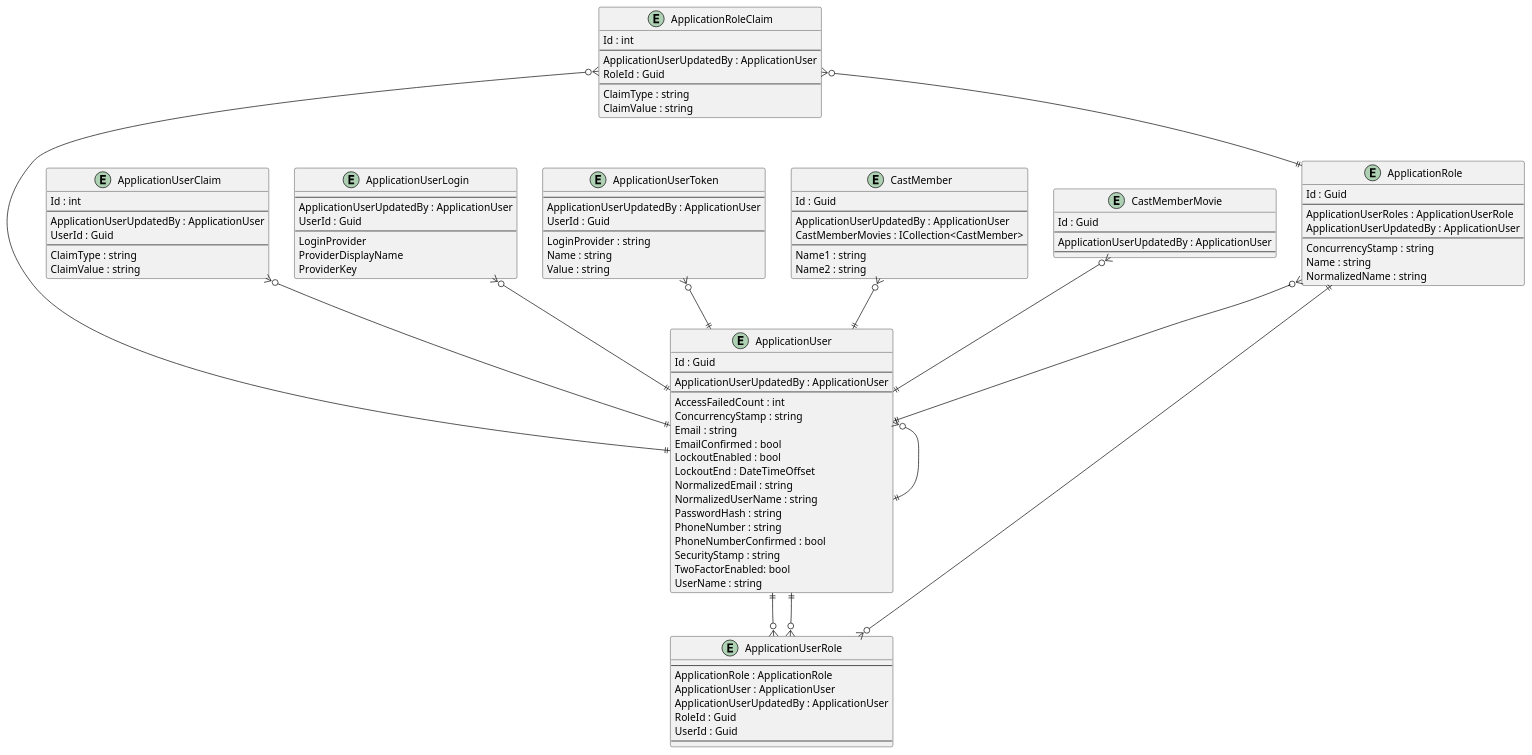
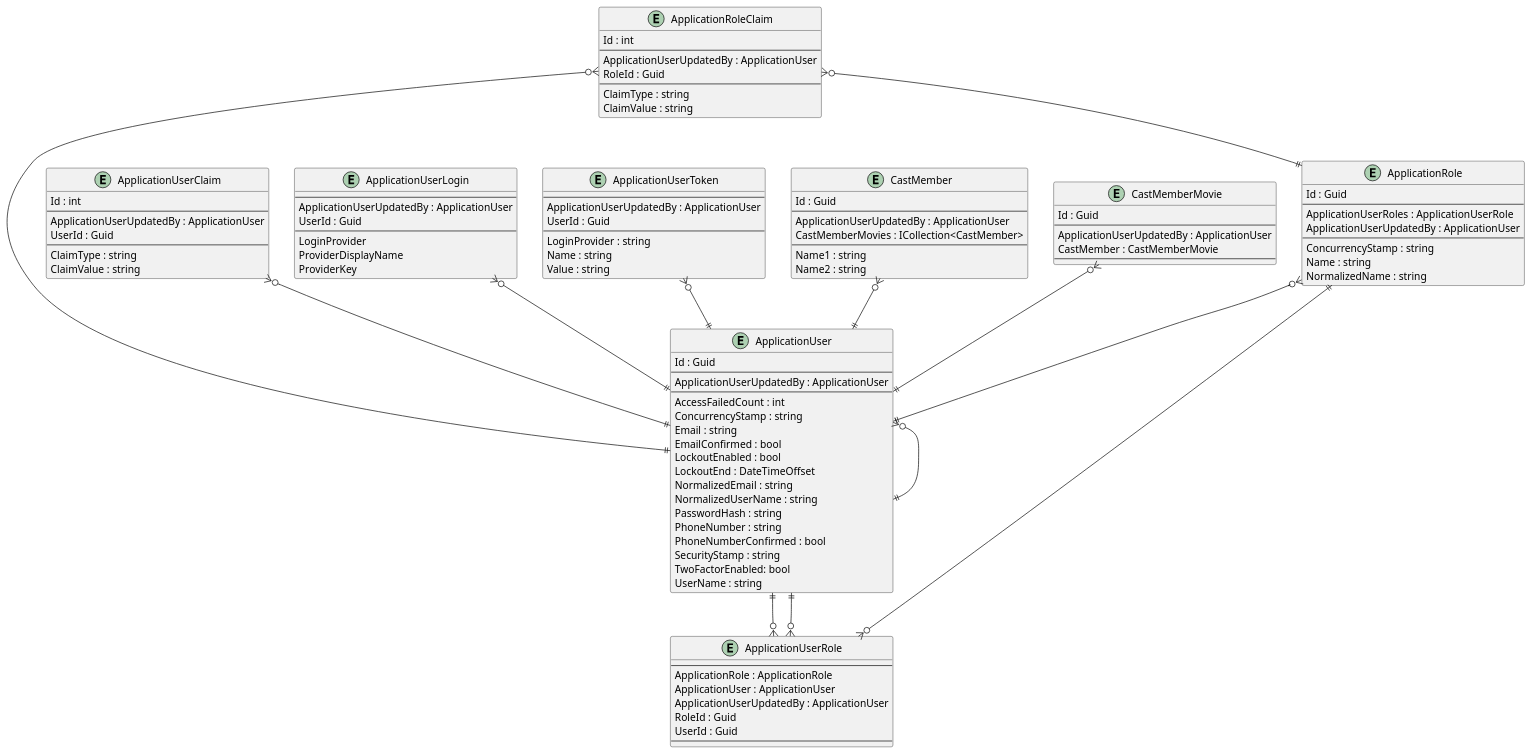
One commit to intrepion/BlazorWebAppMovies changed the diagram in .docs/BlazorWebAppMovies.pu. Above: the diagram before and after it, drawn with PlantUML.

```diff
--- a/.docs/BlazorWebAppMovies.pu
+++ b/.docs/BlazorWebAppMovies.pu
@@ -1,125 +1,126 @@
 @startuml
 
 entity ApplicationRole {
     Id : Guid
     --
     ApplicationUserRoles : ApplicationUserRole
     ApplicationUserUpdatedBy : ApplicationUser
     --
     ConcurrencyStamp : string
     Name : string
     NormalizedName : string
 }
 
 entity ApplicationRoleClaim {
     Id : int
     --
     ApplicationUserUpdatedBy : ApplicationUser
     RoleId : Guid
     --
     ClaimType : string
     ClaimValue : string
 }
 
 entity ApplicationUser {
     Id : Guid
     --
     ApplicationUserUpdatedBy : ApplicationUser
     ' ApplicationUserKeyCodePlaceholder
     --
     AccessFailedCount : int
     ConcurrencyStamp : string
     Email : string
     EmailConfirmed : bool
     LockoutEnabled : bool
     LockoutEnd : DateTimeOffset
     NormalizedEmail : string
     NormalizedUserName : string
     PasswordHash : string
     PhoneNumber : string
     PhoneNumberConfirmed : bool
     SecurityStamp : string
     TwoFactorEnabled: bool
     UserName : string
     ' ApplicationUserPropertyCodePlaceholder
 }
 
 entity ApplicationUserClaim {
     Id : int
     --
     ApplicationUserUpdatedBy : ApplicationUser
     UserId : Guid
     --
     ClaimType : string
     ClaimValue : string
 }
 
 entity ApplicationUserLogin {
     --
     ApplicationUserUpdatedBy : ApplicationUser
     UserId : Guid
     --
     LoginProvider
     ProviderDisplayName
     ProviderKey
 }
 
 entity ApplicationUserRole {
     --
     ApplicationRole : ApplicationRole
     ApplicationUser : ApplicationUser
     ApplicationUserUpdatedBy : ApplicationUser
     RoleId : Guid
     UserId : Guid
     --
 }
 
 entity ApplicationUserToken {
     --
     ApplicationUserUpdatedBy : ApplicationUser
     UserId : Guid
     --
     LoginProvider : string
     Name : string
     Value : string
 }
 
 entity CastMember {
     Id : Guid
     --
     ApplicationUserUpdatedBy : ApplicationUser
     CastMemberMovies : ICollection<CastMember>
     ' CastMemberKeyCodePlaceholder
     --
     Name1 : string
     Name2 : string
     ' CastMemberPropertyCodePlaceholder
 }
 
 entity CastMemberMovie {
     Id : Guid
     --
     ApplicationUserUpdatedBy : ApplicationUser
+    CastMember : CastMemberMovie
     ' CastMemberMovieKeyCodePlaceholder
     --
     ' CastMemberMoviePropertyCodePlaceholder
 }
 
 ' EntityCodePlaceholder
 
 ApplicationRole ||--o{ ApplicationUserRole
 ApplicationRole }o--|| ApplicationUser
 ApplicationRoleClaim }o--|| ApplicationRole
 ApplicationRoleClaim }o--|| ApplicationUser
 ApplicationUser }o--|| ApplicationUser
 ApplicationUser ||--o{ ApplicationUserRole
 ApplicationUserClaim }o--|| ApplicationUser
 ApplicationUserLogin }o--|| ApplicationUser
 ApplicationUserRole }o--|| ApplicationUser
 ApplicationUserToken }o--|| ApplicationUser
 
 CastMember }o--|| ApplicationUser
 CastMemberMovie }o--|| ApplicationUser
 ' RelationshipCodePlaceholder
 
 @enduml
```
